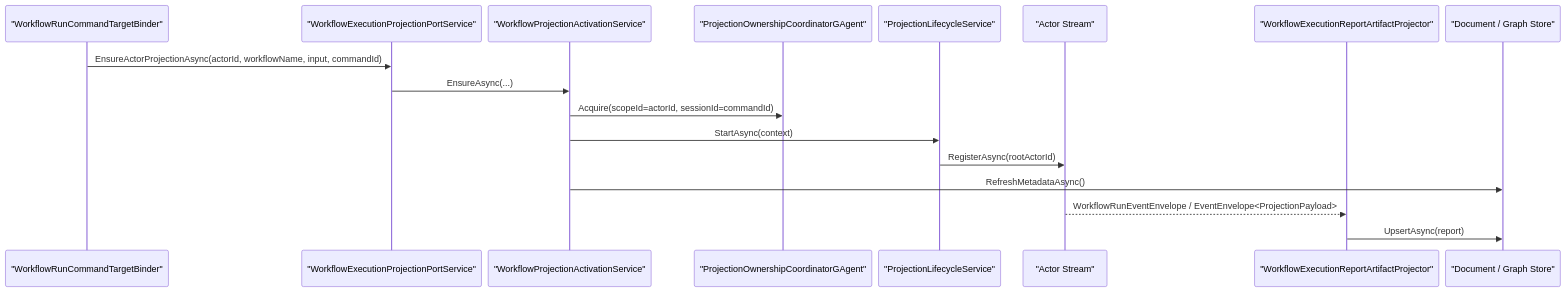
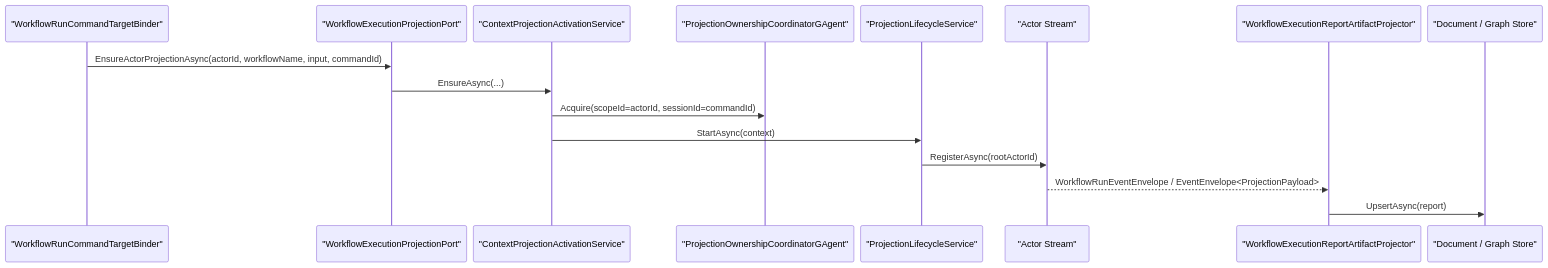
One commit to aevatarAI/aevatar changed the second of 3 diagrams in docs/architecture/2026-03-15-cqrs-projection-readmodels-architecture.md. Above: the diagram before and after it, drawn with Mermaid. The commit also changed other lines of this file and 91 other files, not shown here.

First line of the commit message:
Refactor Workflow Projection Services and Update ReadModel Architecture

````diff
--- a/docs/architecture/2026-03-15-cqrs-projection-readmodels-architecture.md
+++ b/docs/architecture/2026-03-15-cqrs-projection-readmodels-architecture.md
@@ -282,21 +282,20 @@
 ```mermaid
 %%{init: {"maxTextSize": 100000, "sequence": {"actorMargin": 12, "messageMargin": 12, "diagramMarginX": 8, "diagramMarginY": 8}, "themeVariables": {"fontSize": "10px"}}}%%
 sequenceDiagram
     participant A as "WorkflowRunCommandTargetBinder"
-    participant B as "WorkflowExecutionProjectionPortService"
-    participant C as "WorkflowProjectionActivationService"
+    participant B as "WorkflowExecutionProjectionPort"
+    participant C as "ContextProjectionActivationService"
     participant D as "ProjectionOwnershipCoordinatorGAgent"
     participant E as "ProjectionLifecycleService"
     participant F as "Actor Stream"
     participant G as "WorkflowExecutionReportArtifactProjector"
     participant H as "Document / Graph Store"
 
     A->>B: EnsureActorProjectionAsync(actorId, workflowName, input, commandId)
     B->>C: EnsureAsync(...)
     C->>D: Acquire(scopeId=actorId, sessionId=commandId)
     C->>E: StartAsync(context)
     E->>F: RegisterAsync(rootActorId)
-    C->>H: RefreshMetadataAsync()
     F-->>G: WorkflowRunEventEnvelope / EventEnvelope<ProjectionPayload>
     G->>H: UpsertAsync(report)
 ```
````
